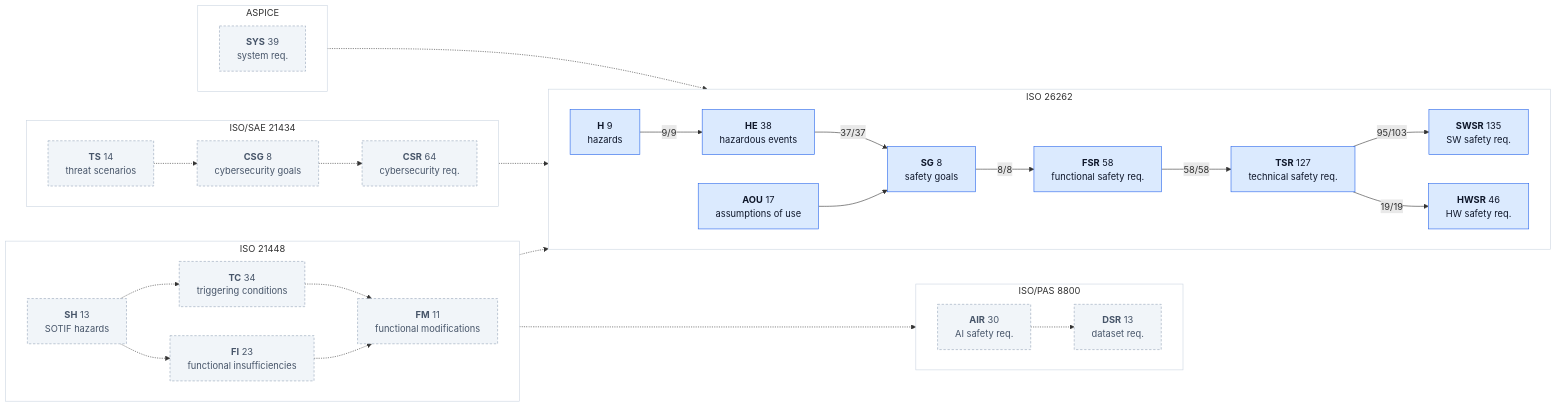
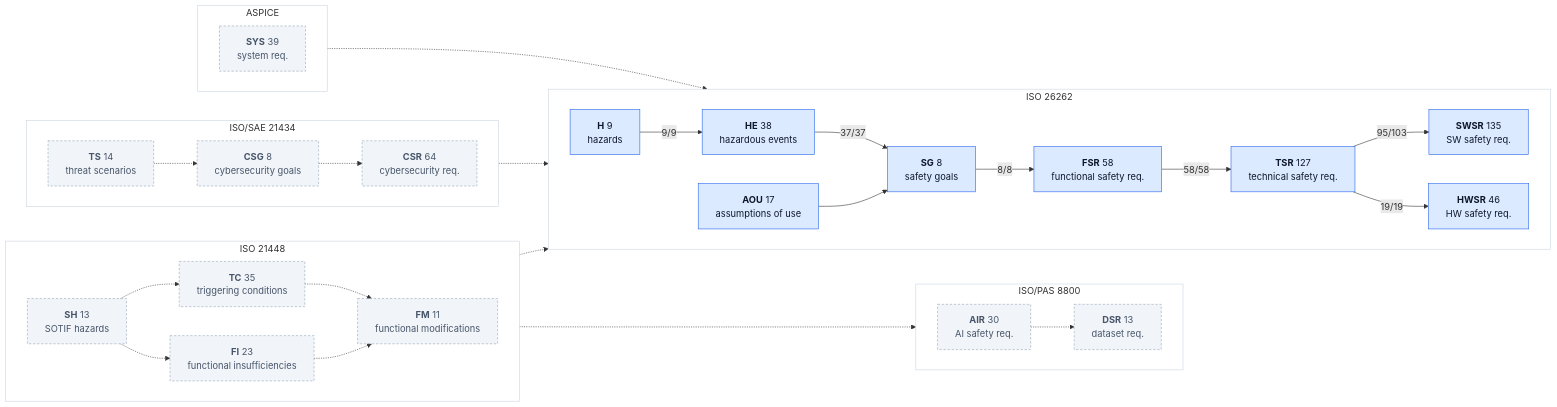
The second of 2 diagrams in assurance/trace/maps/aspice-trace-map.md (jherrodthomas/LionDriver), drawn with Mermaid before and after one commit. The commit also changed other lines of this file and 14 other files, not shown here.

````diff
--- a/assurance/trace/maps/aspice-trace-map.md
+++ b/assurance/trace/maps/aspice-trace-map.md
@@ -188,61 +188,61 @@
 ```mermaid
 flowchart LR
   subgraph ISO26262["ISO 26262"]
     direction LR
     kH["<b>H</b> 9<br/>hazards"]:::traced
     kHE["<b>HE</b> 38<br/>hazardous events"]:::traced
     kSG["<b>SG</b> 8<br/>safety goals"]:::traced
     kFSR["<b>FSR</b> 58<br/>functional safety req."]:::traced
     kTSR["<b>TSR</b> 127<br/>technical safety req."]:::traced
     kSWSR["<b>SWSR</b> 135<br/>SW safety req."]:::traced
     kHWSR["<b>HWSR</b> 46<br/>HW safety req."]:::traced
     kAOU["<b>AOU</b> 17<br/>assumptions of use"]:::traced
   end
   style ISO26262 fill:#FFFFFF,stroke:#CBD5E1
   subgraph ISO21448["ISO 21448"]
     direction LR
     kSH["<b>SH</b> 13<br/>SOTIF hazards"]:::doc
-    kTC["<b>TC</b> 34<br/>triggering conditions"]:::doc
+    kTC["<b>TC</b> 35<br/>triggering conditions"]:::doc
     kFI["<b>FI</b> 23<br/>functional insufficiencies"]:::doc
     kFM["<b>FM</b> 11<br/>functional modifications"]:::doc
   end
   style ISO21448 fill:#FFFFFF,stroke:#CBD5E1
   subgraph ISOPAS8800["ISO/PAS 8800"]
     direction LR
     kAIR["<b>AIR</b> 30<br/>AI safety req."]:::doc
     kDSR["<b>DSR</b> 13<br/>dataset req."]:::doc
   end
   style ISOPAS8800 fill:#FFFFFF,stroke:#CBD5E1
   subgraph ISOSAE21434["ISO/SAE 21434"]
     direction LR
     kTS["<b>TS</b> 14<br/>threat scenarios"]:::doc
     kCSG["<b>CSG</b> 8<br/>cybersecurity goals"]:::doc
     kCSR["<b>CSR</b> 64<br/>cybersecurity req."]:::doc
   end
   style ISOSAE21434 fill:#FFFFFF,stroke:#CBD5E1
   subgraph ASPICE["ASPICE"]
     direction LR
     kSYS["<b>SYS</b> 39<br/>system req."]:::doc
   end
   style ASPICE fill:#FFFFFF,stroke:#CBD5E1
   kH -->|"9/9"| kHE
   kHE -->|"37/37"| kSG
   kSG -->|"8/8"| kFSR
   kFSR -->|"58/58"| kTSR
   kTSR -->|"95/103"| kSWSR
   kTSR -->|"19/19"| kHWSR
   kAOU --> kSG
   kSH -.-> kTC
   kSH -.-> kFI
   kTC -.-> kFM
   kFI -.-> kFM
   kSH -.-> kHE
   kFI -.-> kAIR
   kAIR -.-> kDSR
   kTS -.-> kCSG
   kCSG -.-> kCSR
   kCSG -.-> kSG
   kSYS -.-> kTSR
   classDef traced fill:#DBEAFE,stroke:#2563EB,color:#0F172A
   classDef doc fill:#F1F5F9,stroke:#94A3B8,stroke-dasharray:4 3,color:#475569
 ```
````
